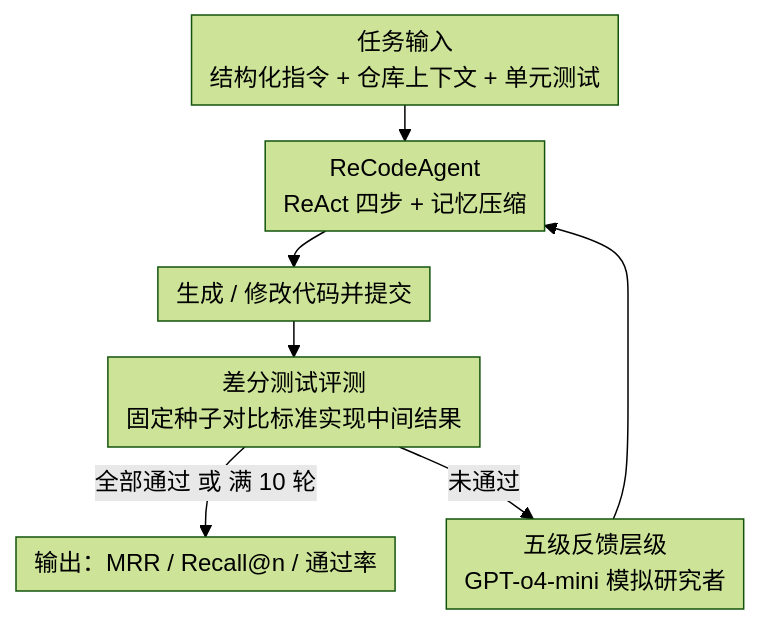
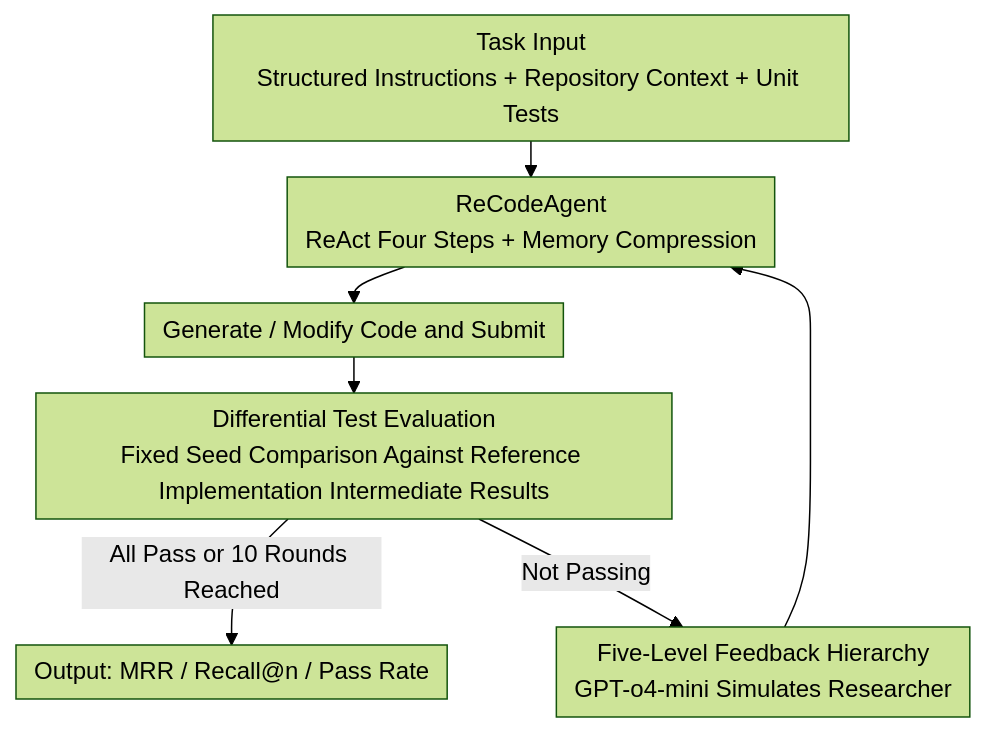
The diagram in docs/ICLR2026/code_intelligence/recode-h_a_benchmark_for_research_code_development_with_interactive_human_feedba.md (zhaoyang97/Paper-Notes-en), drawn with Mermaid (forest theme) before and after one commit. The commit also changed 644 other files, not shown here.

````diff
--- a/docs/ICLR2026/code_intelligence/recode-h_a_benchmark_for_research_code_development_with_interactive_human_feedba.md
+++ b/docs/ICLR2026/code_intelligence/recode-h_a_benchmark_for_research_code_development_with_interactive_human_feedba.md
@@ -47,10 +47,10 @@
 ```mermaid
 %%{init: {'flowchart': {'rankSpacing': 24, 'nodeSpacing': 28, 'padding': 6, 'wrappingWidth': 400}}}%%
 flowchart TD
-    A["任务输入<br/>结构化指令 + 仓库上下文 + 单元测试"] --> B["ReCodeAgent<br/>ReAct 四步 + 记忆压缩"]
-    B --> C["生成 / 修改代码并提交"]
-    C --> D["差分测试评测<br/>固定种子对比标准实现中间结果"]
-    D -->|全部通过 或 满 10 轮| E["输出：MRR / Recall@n / 通过率"]
-    D -->|未通过| F["五级反馈层级<br/>GPT-o4-mini 模拟研究者"]
+    A["Task Input<br/>Structured Instructions + Repository Context + Unit Tests"] --> B["ReCodeAgent<br/>ReAct Four Steps + Memory Compression"]
+    B --> C["Generate / Modify Code and Submit"]
+    C --> D["Differential Test Evaluation<br/>Fixed Seed Comparison Against Reference Implementation Intermediate Results"]
+    D -->|All Pass or 10 Rounds Reached| E["Output: MRR / Recall@n / Pass Rate"]
+    D -->|Not Passing| F["Five-Level Feedback Hierarchy<br/>GPT-o4-mini Simulates Researcher"]
     F --> B
 ```
````
